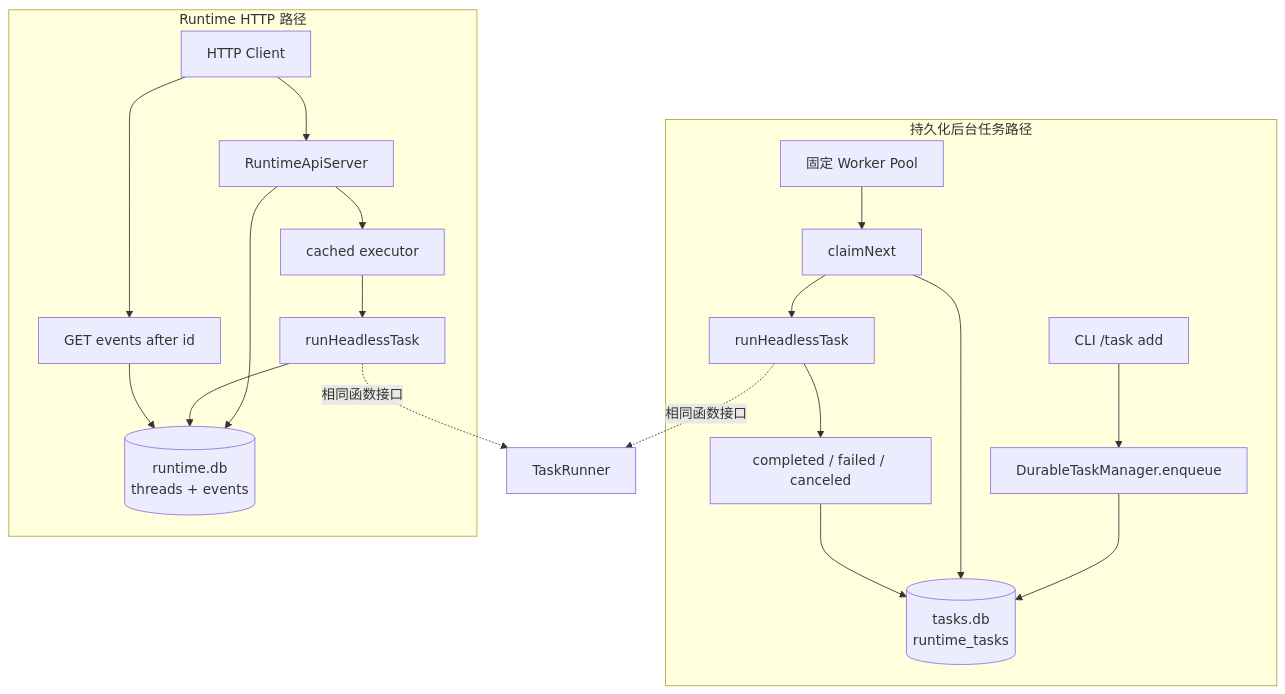
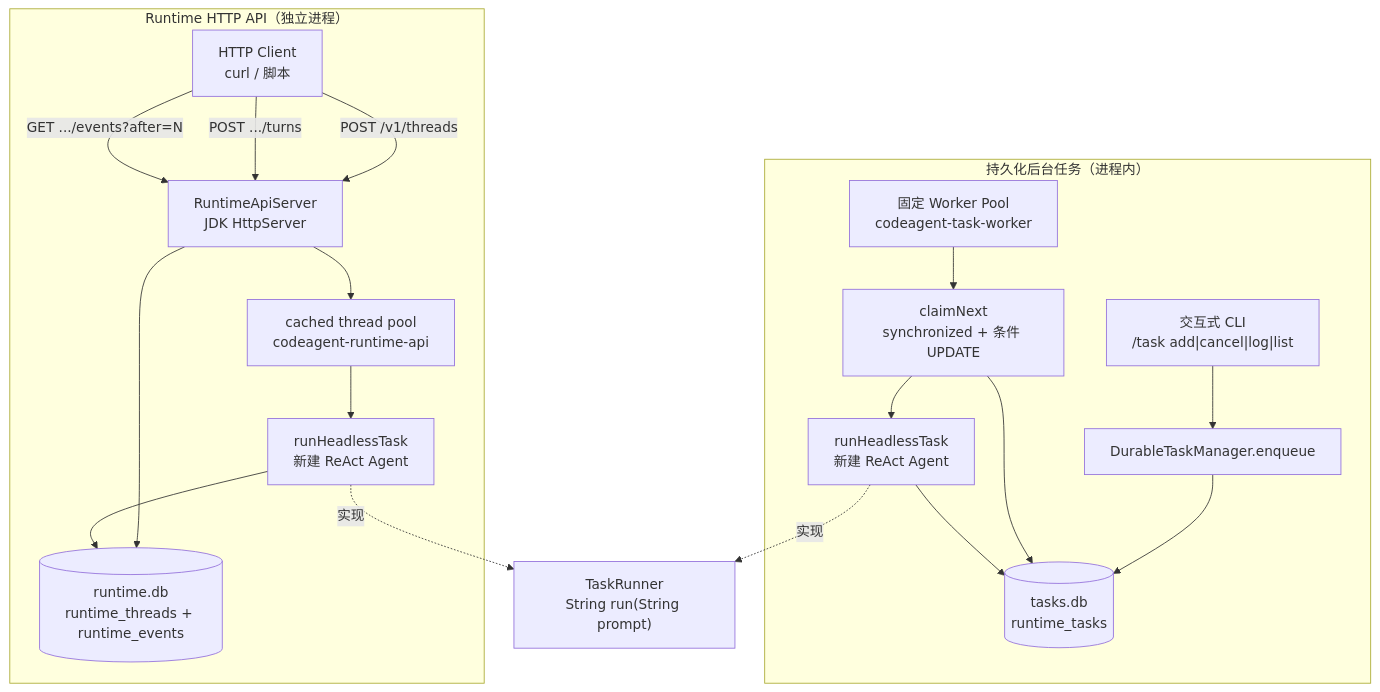
The first of 5 diagrams in docs/dev/05-runtime-api-tasks.md (zgjdev/Code-Agent), drawn with Mermaid before and after one commit. The commit also changed other lines of this file and 5 other files, not shown here.

````diff
--- a/docs/dev/05-runtime-api-tasks.md
+++ b/docs/dev/05-runtime-api-tasks.md
@@ -52,25 +133,30 @@
 ```mermaid
 flowchart TB
-    subgraph QueuePath[持久化后台任务路径]
-        CLI1[CLI /task add] --> Enqueue[DurableTaskManager.enqueue]
-        Enqueue --> TaskDB[(tasks.db<br/>runtime_tasks)]
-        Workers[固定 Worker Pool] --> Claim[claimNext]
-        Claim --> TaskDB
-        Claim --> Runner1[runHeadlessTask]
-        Runner1 --> Terminal[completed / failed / canceled]
-        Terminal --> TaskDB
+    subgraph QueuePath["持久化后台任务（进程内）"]
+        CLI["交互式 CLI<br/>/task add|cancel|log|list"]
+        Enqueue["DurableTaskManager.enqueue"]
+        TaskDB[("tasks.db<br/>runtime_tasks")]
+        Workers["固定 Worker Pool<br/>codeagent-task-worker"]
+        Claim["claimNext<br/>synchronized + 条件 UPDATE"]
+        Headless1["runHeadlessTask<br/>新建 ReAct Agent"]
+        CLI --> Enqueue --> TaskDB
+        Workers --> Claim --> TaskDB
+        Claim --> Headless1 --> TaskDB
     end
 
-    subgraph ApiPath[Runtime HTTP 路径]
-        Client[HTTP Client] --> API[RuntimeApiServer]
-        API --> ThreadStore[(runtime.db<br/>threads + events)]
-        API --> Executor[cached executor]
-        Executor --> Runner2[runHeadlessTask]
-        Runner2 --> ThreadStore
-        Client --> Events[GET events after id]
-        Events --> ThreadStore
+    subgraph ApiPath["Runtime HTTP API（独立进程）"]
+        Client["HTTP Client<br/>curl / 脚本"]
+        API["RuntimeApiServer<br/>JDK HttpServer"]
+        ThreadDB[("runtime.db<br/>runtime_threads + runtime_events")]
+        Pool["cached thread pool<br/>codeagent-runtime-api"]
+        Headless2["runHeadlessTask<br/>新建 ReAct Agent"]
+        Client -->|"POST /v1/threads"| API
+        Client -->|"POST .../turns"| API
+        Client -->|"GET .../events?after=N"| API
+        API --> ThreadDB
+        API --> Pool --> Headless2 --> ThreadDB
     end
 
-    Runner1 -.相同函数接口.-> Contract[TaskRunner]
-    Runner2 -.相同函数接口.-> Contract
+    Headless1 -.->|实现| Contract["TaskRunner<br/>String run(String prompt)"]
+    Headless2 -.->|实现| Contract
 ```
````
